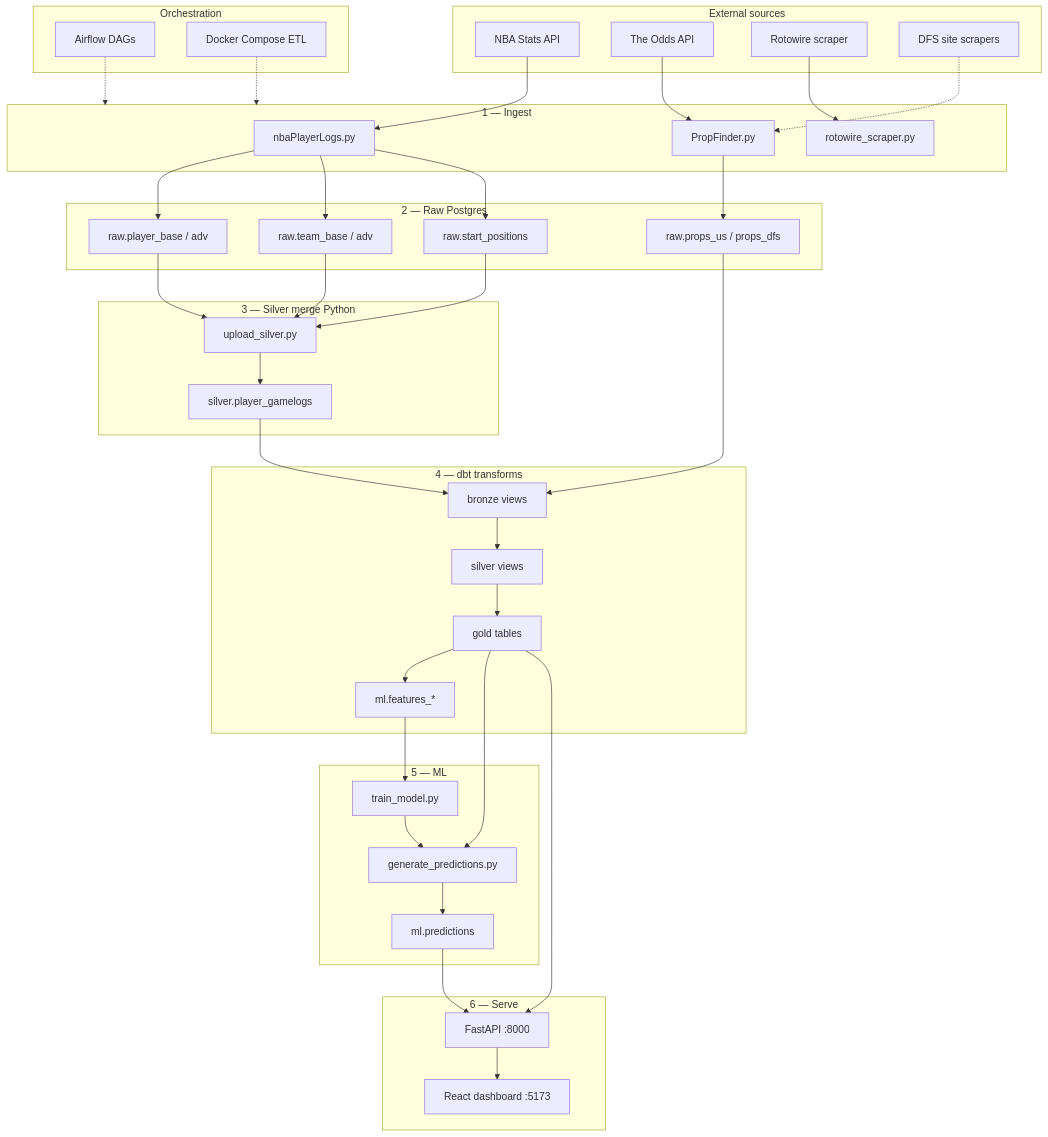
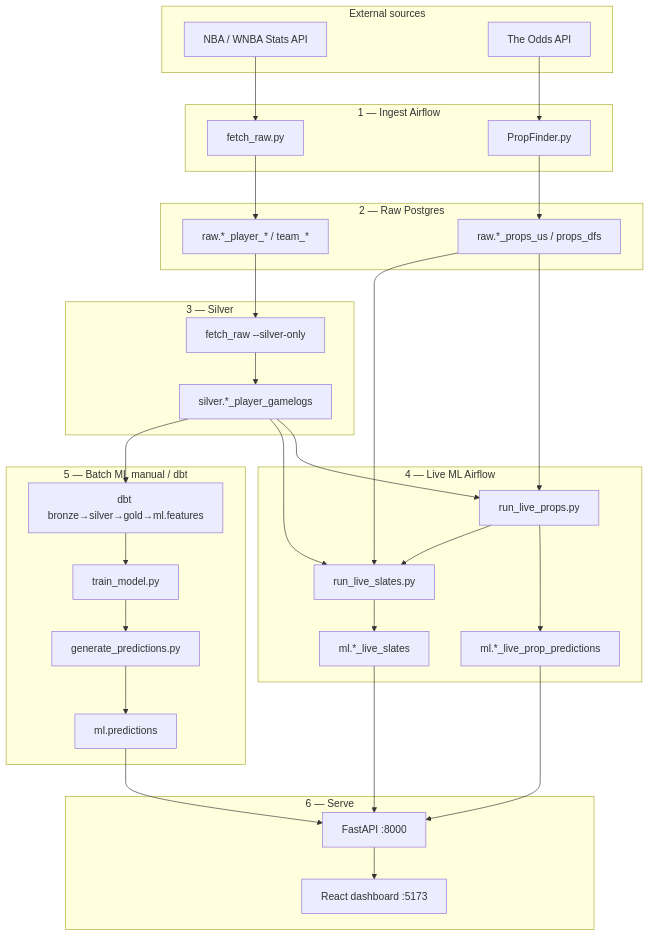
The first of 3 diagrams in README.md (spon7ge/NBA-Prop-Predictor), drawn with Mermaid before and after one commit. The commit also changed other lines of this file and 14 other files, not shown here.

First line of the commit message:
Add live ML to Airflow and polish portfolio README docs.

````diff
--- a/README.md
+++ b/README.md
@@ -42,70 +44,59 @@
 ```mermaid
 flowchart TB
   subgraph sources [External sources]
-    NBA[NBA Stats API]
+    NBA[NBA / WNBA Stats API]
     ODDS[The Odds API]
-    RW[Rotowire scraper]
-    DFS[DFS site scrapers]
   end
 
-  subgraph ingest [1 — Ingest]
-    PY1[nbaPlayerLogs.py]
-    PY2[PropFinder.py]
-    PY3[rotowire_scraper.py]
+  subgraph ingest [1 — Ingest Airflow]
+    FR[fetch_raw.py]
+    PF[PropFinder.py]
   end
 
   subgraph raw [2 — Raw Postgres]
-    R1[raw.player_base / adv]
-    R2[raw.team_base / adv]
-    R3[raw.start_positions]
-    R4[raw.props_us / props_dfs]
+    RGL[raw.*_player_* / team_*]
+    RPR[raw.*_props_us / props_dfs]
   end
 
-  subgraph silver_py [3 — Silver merge Python]
-    SM[upload_silver.py]
-    SG[silver.player_gamelogs]
+  subgraph silver_py [3 — Silver]
+    SIL[fetch_raw --silver-only]
+    SGL[silver.*_player_gamelogs]
   end
 
-  subgraph dbt_layer [4 — dbt transforms]
-    BR[bronze views]
-    SV[silver views]
-    GD[gold tables]
-    ML[ml.features_*]
+  subgraph live [4 — Live ML Airflow]
+    LP[run_live_props.py]
+    LS[run_live_slates.py]
+    MLP[ml.*_live_prop_predictions]
+    MLS[ml.*_live_slates]
   end
 
-  subgraph ml_pipe [5 — ML]
+  subgraph batch [5 — Batch ML manual / dbt]
+    DBT[dbt bronze→silver→gold→ml.features]
     TR[train_model.py]
     PR[generate_predictions.py]
     PRED[ml.predictions]
   end
 
   subgraph serve [6 — Serve]
     API[FastAPI :8000]
     FE[React dashboard :5173]
   end
 
-  subgraph orch [Orchestration]
-    AF[Airflow DAGs]
-    DC[Docker Compose ETL]
-  end
-
-  NBA --> PY1
-  ODDS --> PY2
-  RW --> PY3
-  DFS -.-> PY2
-
-  PY1 --> R1 & R2 & R3
-  PY2 --> R4
-
-  R1 & R2 & R3 --> SM --> SG
-  SG --> BR
-  R4 --> BR
-  BR --> SV --> GD --> ML
-  ML --> TR --> PR --> PRED
-  GD --> PR
-
-  AF & DC -.-> ingest
+  NBA --> FR
+  ODDS --> PF
+  FR --> RGL
+  PF --> RPR
+  RGL --> SIL --> SGL
+  RPR --> LP
+  SGL --> LP
+  LP --> MLP
+  LP --> LS
+  SGL --> LS
+  RPR --> LS
+  LS --> MLS
+  SGL --> DBT --> TR --> PR --> PRED
+  MLP --> API
+  MLS --> API
   PRED --> API
-  GD --> API
   API --> FE
 ```
````
